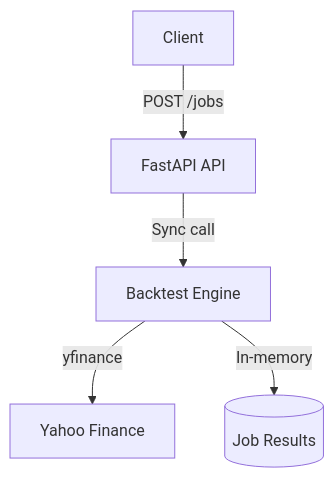
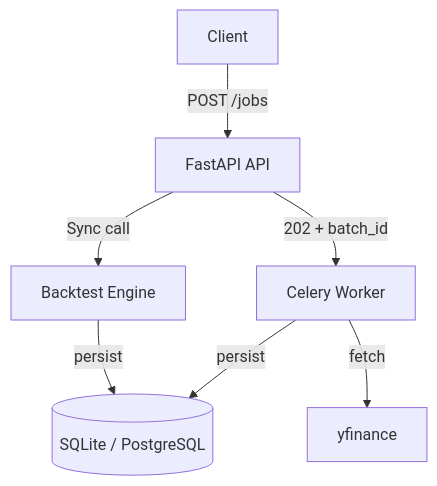
The diagram in README.md (Thinh-nguyen-03/backgrid), drawn with Mermaid before and after one commit. The commit also changed other lines of this file and 4 other files, not shown here.

````diff
--- a/README.md
+++ b/README.md
@@ -37,7 +37,8 @@
 ```mermaid
 graph TD
     A[Client] -->|POST /jobs| B[FastAPI API]
     B -->|Sync call| C[Backtest Engine]
-    C -->|yfinance| D[Yahoo Finance]
-    C -->|In-memory| E[(Job Results)]
+    B -->|202 + batch_id| D[Celery Worker]
+    C & D -->|persist| E[(SQLite / PostgreSQL)]
+    D -->|fetch| F[yfinance]
 ```
````
